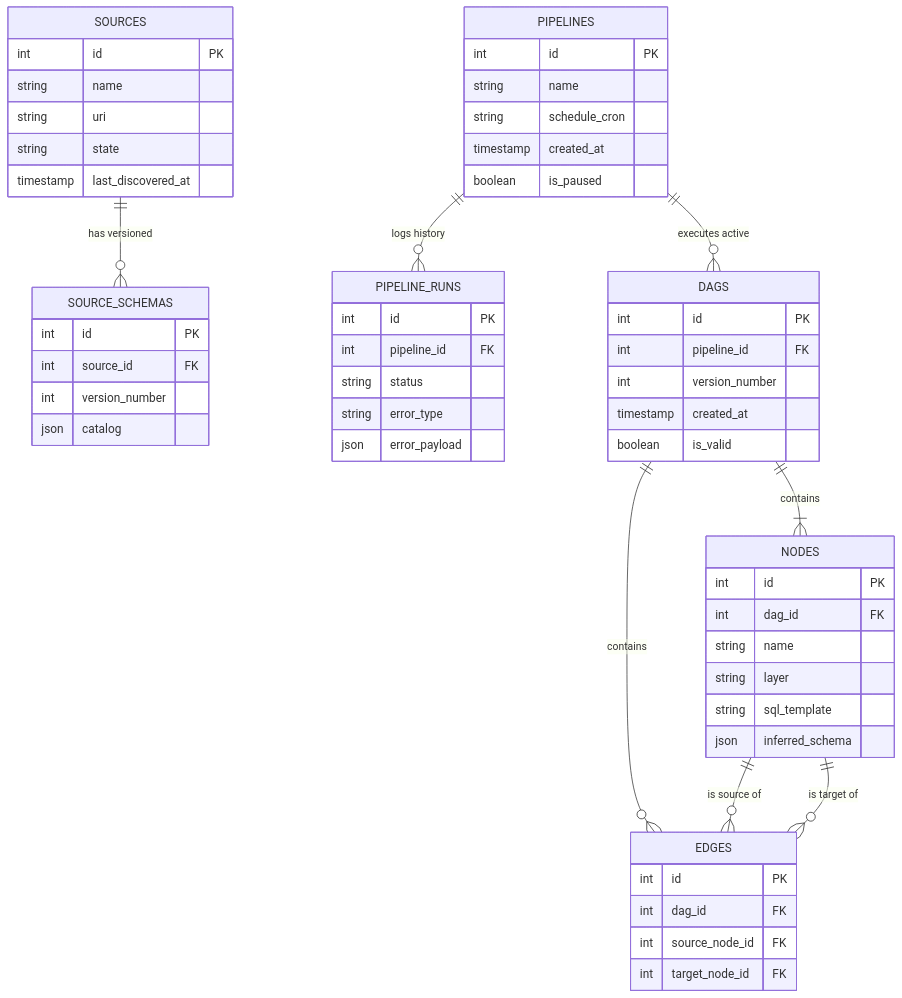
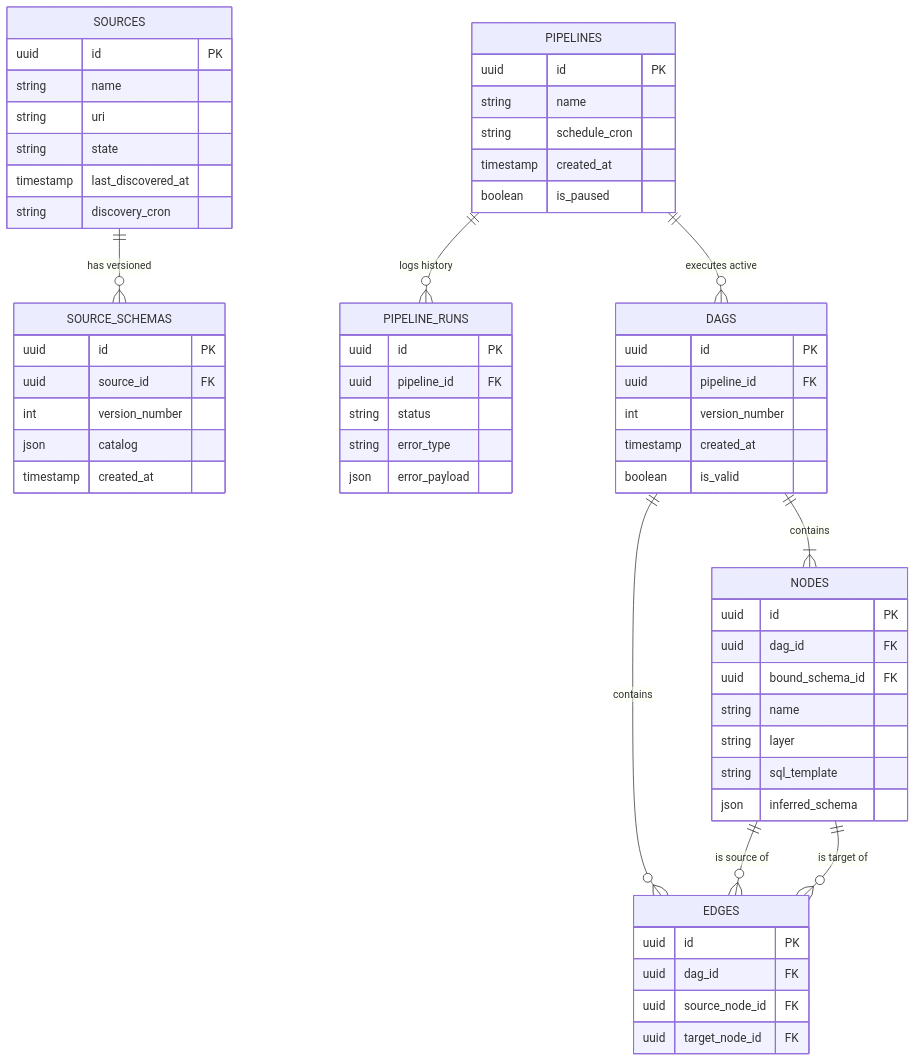
Before and after one commit to mnaatjes/elite-etl: the diagram in docs/explanation/architecture/04-adr-sqlite-dag-refactor.md, drawn with Mermaid. The commit also changed 2 other files, not shown here.

````diff
--- a/docs/explanation/architecture/04-adr-sqlite-dag-refactor.md
+++ b/docs/explanation/architecture/04-adr-sqlite-dag-refactor.md
@@ -24,66 +24,69 @@
 ```mermaid
 erDiagram
     SOURCES {
-        int id PK
+        uuid id PK
         string name
         string uri
         string state
         timestamp last_discovered_at
+        string discovery_cron
     }
     
     SOURCE_SCHEMAS {
-        int id PK
-        int source_id FK
+        uuid id PK
+        uuid source_id FK
         int version_number
         json catalog
+        timestamp created_at
     }
     
     PIPELINES {
-        int id PK
+        uuid id PK
         string name
         string schedule_cron
         timestamp created_at
         boolean is_paused
     }
     
     PIPELINE_RUNS {
-        int id PK
-        int pipeline_id FK
+        uuid id PK
+        uuid pipeline_id FK
         string status
         string error_type
         json error_payload
     }
     
     DAGS {
-        int id PK
-        int pipeline_id FK
+        uuid id PK
+        uuid pipeline_id FK
         int version_number
         timestamp created_at
         boolean is_valid
     }
     
     NODES {
-        int id PK
-        int dag_id FK
+        uuid id PK
+        uuid dag_id FK
+        uuid bound_schema_id FK
         string name
         string layer
         string sql_template
         json inferred_schema
     }
     
     EDGES {
-        int id PK
-        int dag_id FK
-        int source_node_id FK
-        int target_node_id FK
+        uuid id PK
+        uuid dag_id FK
+        uuid source_node_id FK
+        uuid target_node_id FK
     }
 
     %% Relationships
     SOURCES ||--o{ SOURCE_SCHEMAS : "has versioned"
     PIPELINES ||--o{ DAGS : "executes active"
     PIPELINES ||--o{ PIPELINE_RUNS : "logs history"
     DAGS ||--|{ NODES : "contains"
     DAGS ||--o{ EDGES : "contains"
     NODES ||--o{ EDGES : "is source of"
     NODES ||--o{ EDGES : "is target of"
 ```
````
